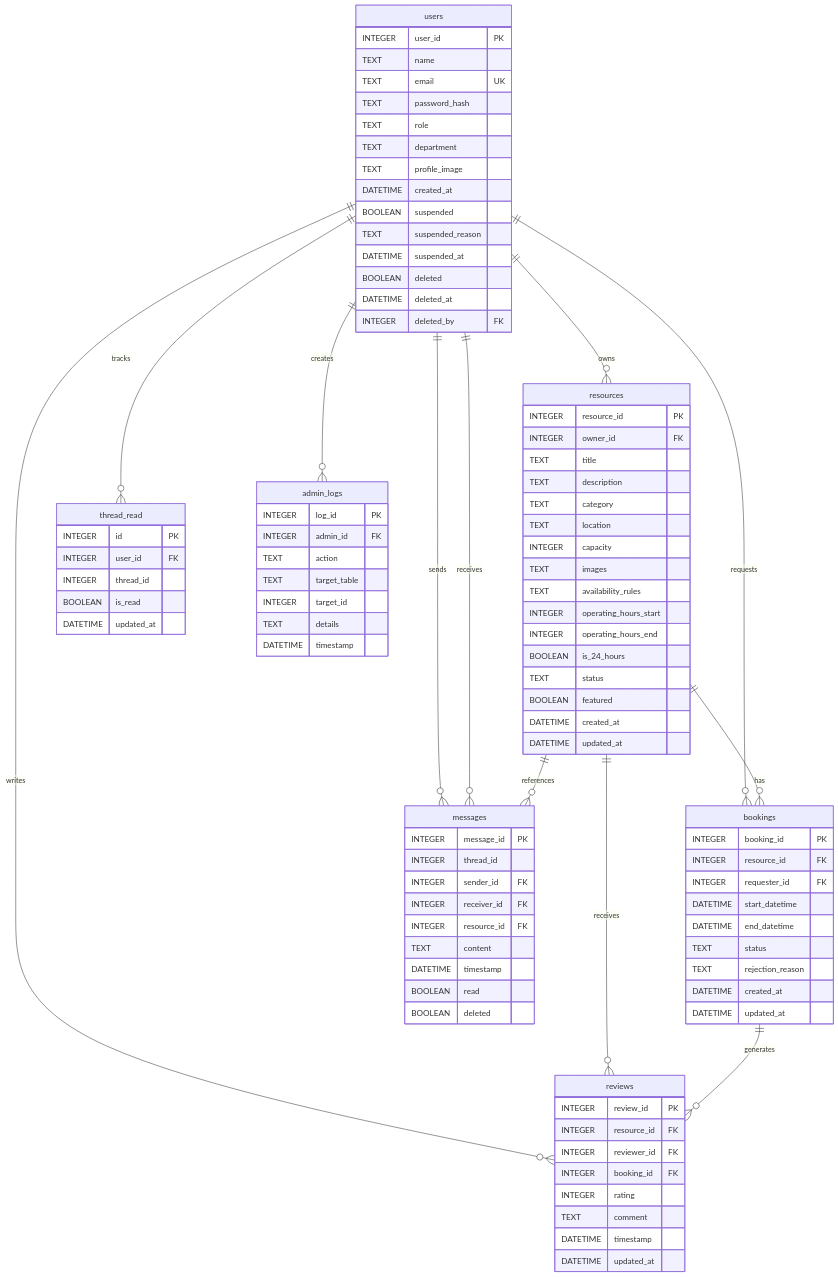
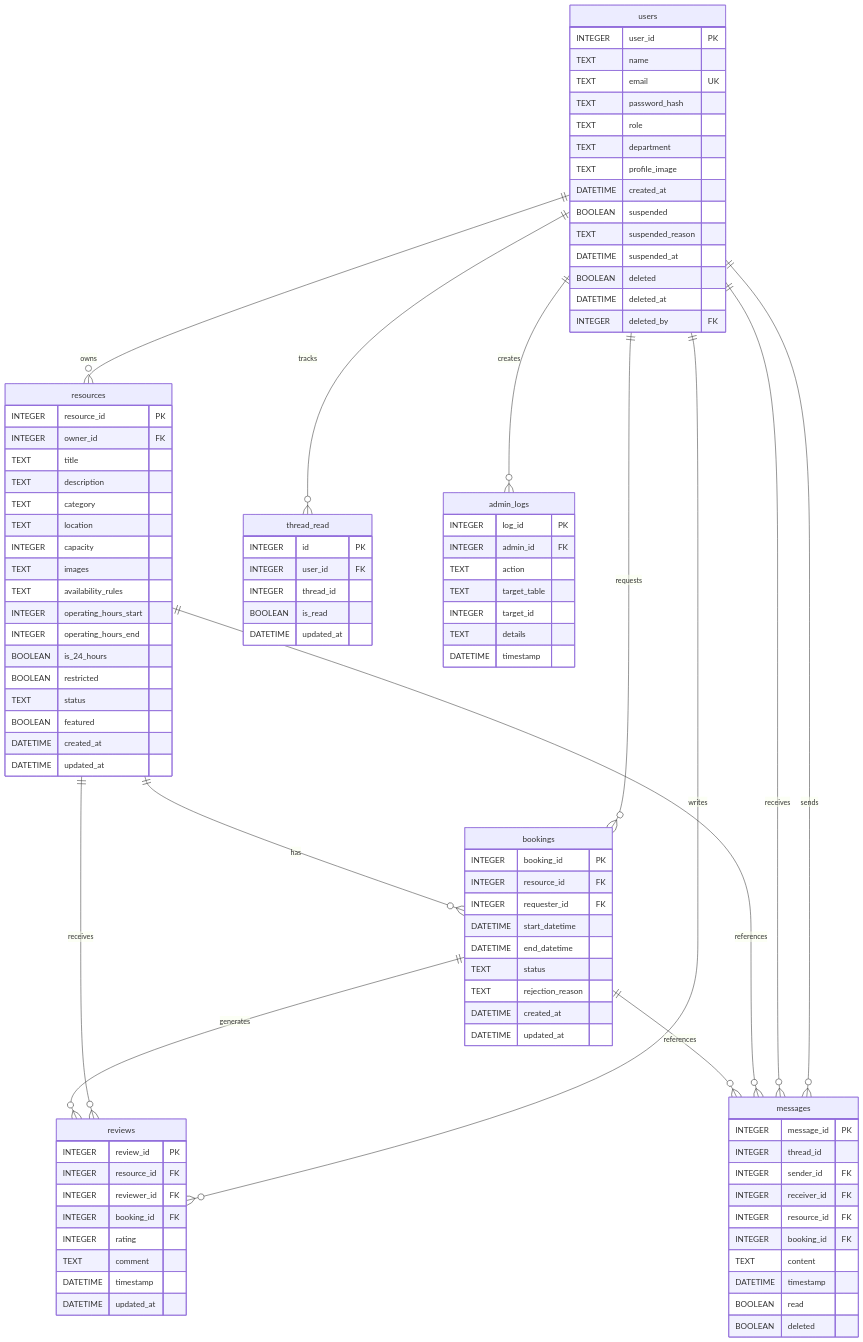
One commit to andrpick/AiDD-Final-Project---IU-Campus-Resource-Hub changed the diagram in docs/context/ERD_AND_SCHEMA.md. Above: the diagram before and after it, drawn with Mermaid. The commit also changed other lines of this file and 37 other files, not shown here.

```diff
--- a/docs/context/ERD_AND_SCHEMA.md
+++ b/docs/context/ERD_AND_SCHEMA.md
@@ -17,6 +17,7 @@
     resources ||--o{ reviews : "receives"
     resources ||--o{ messages : "references"
     bookings ||--o{ reviews : "generates"
+    bookings ||--o{ messages : "references"
 
     users {
         INTEGER user_id PK
@@ -48,6 +49,7 @@
         INTEGER operating_hours_start
         INTEGER operating_hours_end
         BOOLEAN is_24_hours
+        BOOLEAN restricted
         TEXT status
         BOOLEAN featured
         DATETIME created_at
@@ -72,6 +74,7 @@
         INTEGER sender_id FK
         INTEGER receiver_id FK
         INTEGER resource_id FK
+        INTEGER booking_id FK
         TEXT content
         DATETIME timestamp
         BOOLEAN read
```
